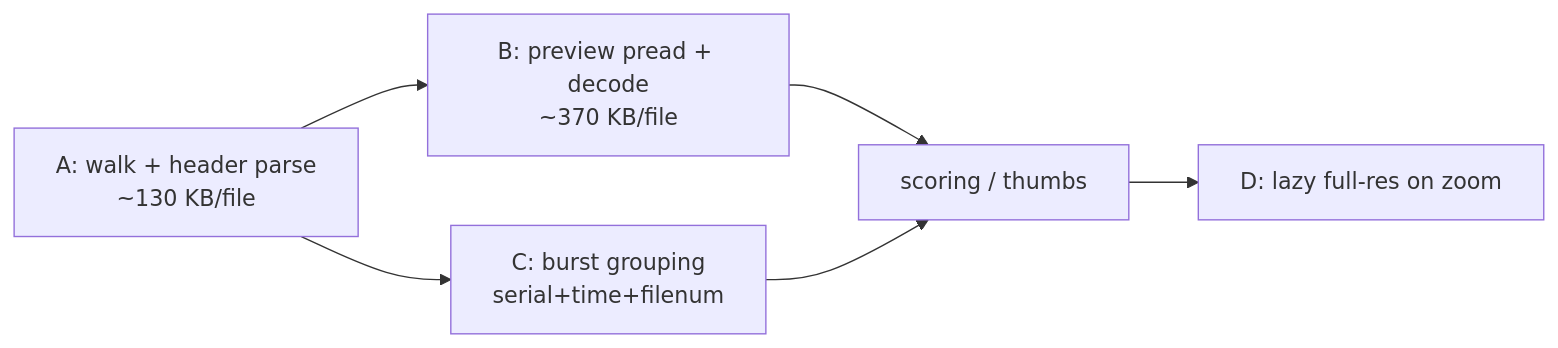
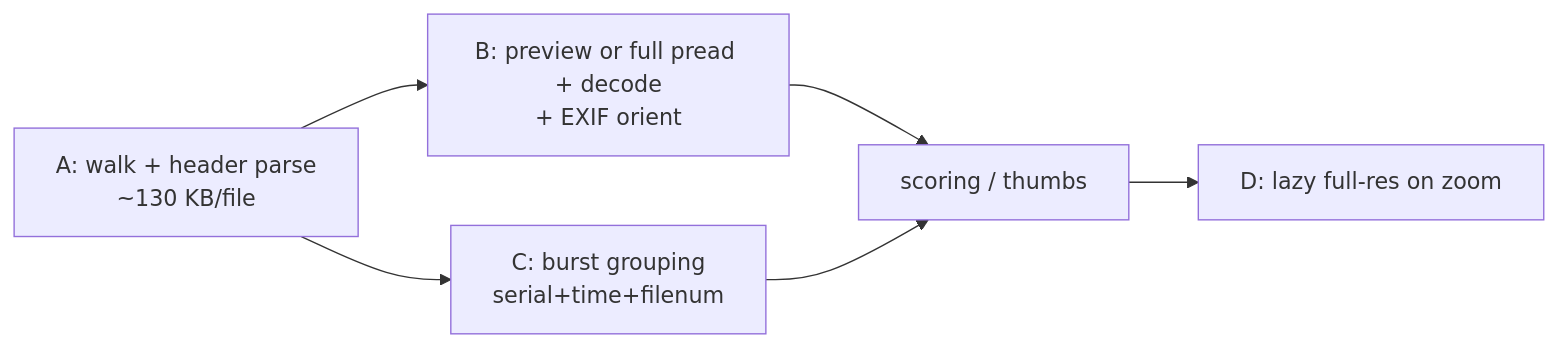
The second of 5 diagrams in ARCHITECTURE.md (pcmoan70/fast_deduplicator), drawn with Mermaid before and after one commit. The commit also changed other lines of this file and 27 other files, not shown here.

````diff
--- a/ARCHITECTURE.md
+++ b/ARCHITECTURE.md
@@ -53,8 +61,8 @@
 ```mermaid
 flowchart LR
   A[A: walk + header parse\n~130 KB/file] --> C[C: burst grouping\nserial+time+filenum]
-  A --> B[B: preview pread + decode\n~370 KB/file]
+  A --> B[B: preview or full pread + decode\n+ EXIF orient]
   B --> D[scoring / thumbs]
   C --> D
   D --> E[D: lazy full-res on zoom]
 ```
````
